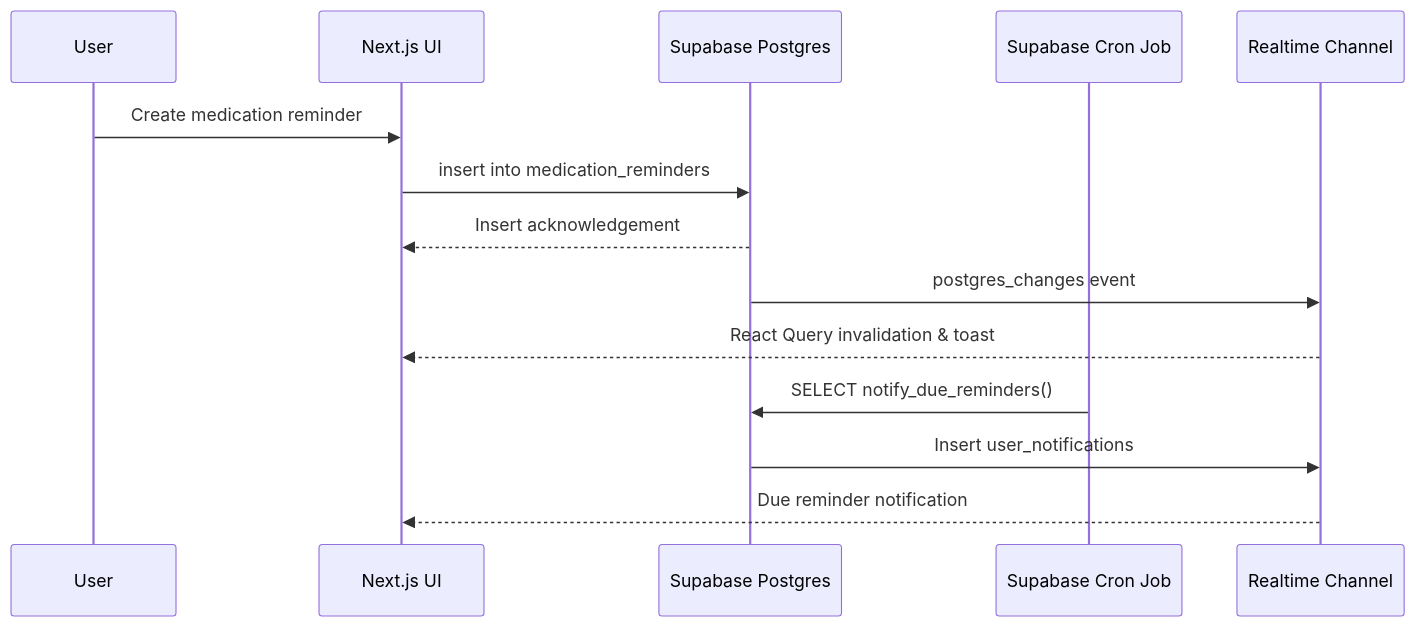
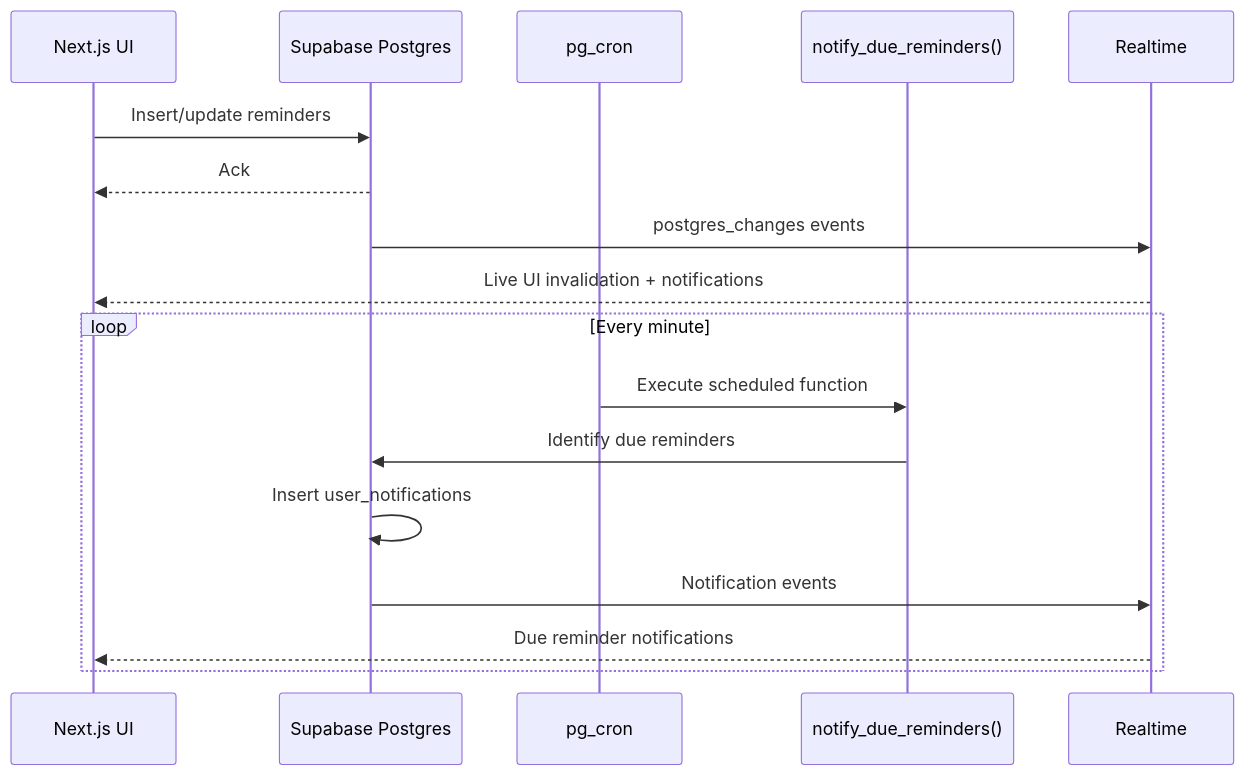
Before and after one commit to hoangsonww/SymptomSync-Health-App: the seventh of 19 diagrams in ARCHITECTURE.md, drawn with Mermaid. The commit also changed other lines of this file and 56 other files, not shown here.

````diff
--- a/ARCHITECTURE.md
+++ b/ARCHITECTURE.md
@@ -110,17 +232,21 @@
 ```mermaid
 sequenceDiagram
-  participant User
   participant UI as Next.js UI
-  participant Supabase as Supabase Postgres
-  participant Cron as Supabase Cron Job
-  participant Broadcast as Realtime Channel
+  participant DB as Supabase Postgres
+  participant Cron as pg_cron
+  participant Fn as notify_due_reminders()
+  participant RT as Realtime
 
-  User->>UI: Create medication reminder
-  UI->>Supabase: insert into medication_reminders
-  Supabase-->>UI: Insert acknowledgement
-  Supabase->>Broadcast: postgres_changes event
-  Broadcast-->>UI: React Query invalidation & toast
-  Cron->>Supabase: SELECT notify_due_reminders()
-  Supabase->>Broadcast: Insert user_notifications
-  Broadcast-->>UI: Due reminder notification
+  UI->>DB: Insert/update reminders
+  DB-->>UI: Ack
+  DB->>RT: postgres_changes events
+  RT-->>UI: Live UI invalidation + notifications
+
+  loop Every minute
+    Cron->>Fn: Execute scheduled function
+    Fn->>DB: Identify due reminders
+    DB->>DB: Insert user_notifications
+    DB->>RT: Notification events
+    RT-->>UI: Due reminder notifications
+  end
 ```
````
